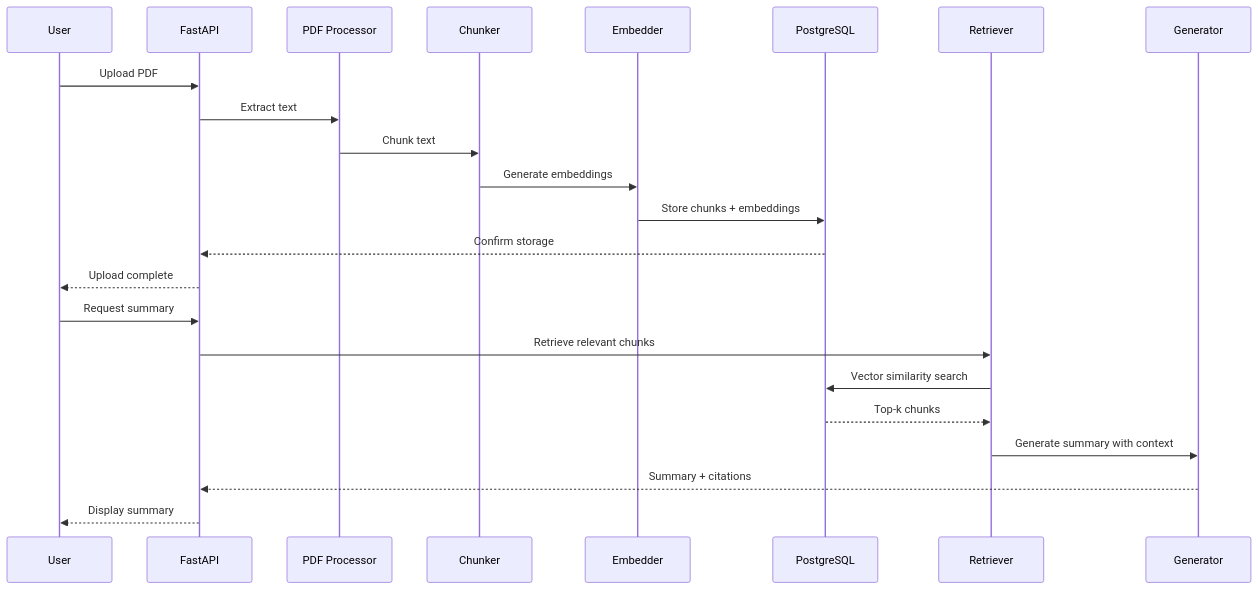
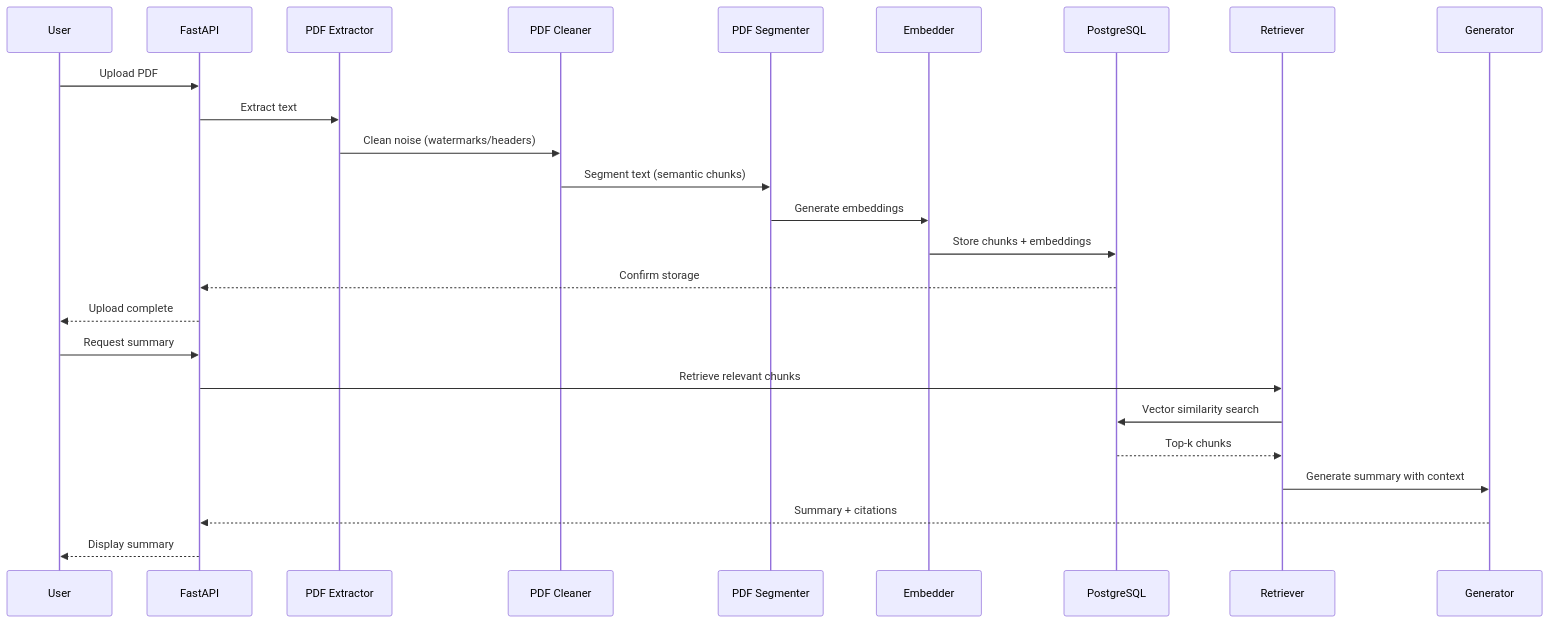
The second of 2 diagrams in docs/system_architecture.md (RottenBanana420/AI-Lecture-Note-Summarizer-v2), drawn with Mermaid before and after one commit. The commit also changed other lines of this file and 23 other files, not shown here.

````diff
--- a/docs/system_architecture.md
+++ b/docs/system_architecture.md
@@ -160,27 +163,29 @@
 ```mermaid
 sequenceDiagram
     participant U as User
     participant API as FastAPI
-    participant P as PDF Processor
-    participant C as Chunker
+    participant P as PDF Extractor
+    participant L as PDF Cleaner
+    participant S as PDF Segmenter
     participant E as Embedder
     participant DB as PostgreSQL
     participant R as Retriever
     participant G as Generator
-    
+
     U->>API: Upload PDF
     API->>P: Extract text
-    P->>C: Chunk text
-    C->>E: Generate embeddings
+    P->>L: Clean noise (watermarks/headers)
+    L->>S: Segment text (semantic chunks)
+    S->>E: Generate embeddings
     E->>DB: Store chunks + embeddings
     DB-->>API: Confirm storage
     API-->>U: Upload complete
-    
+
     U->>API: Request summary
     API->>R: Retrieve relevant chunks
     R->>DB: Vector similarity search
     DB-->>R: Top-k chunks
     R->>G: Generate summary with context
     G-->>API: Summary + citations
     API-->>U: Display summary
 ```
````
